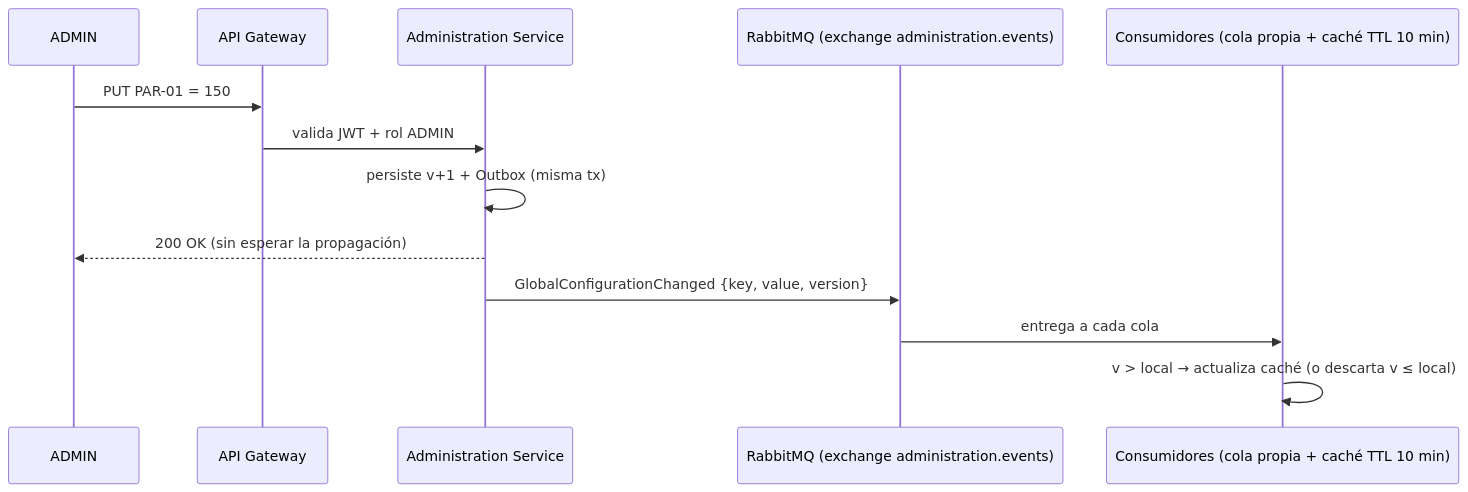
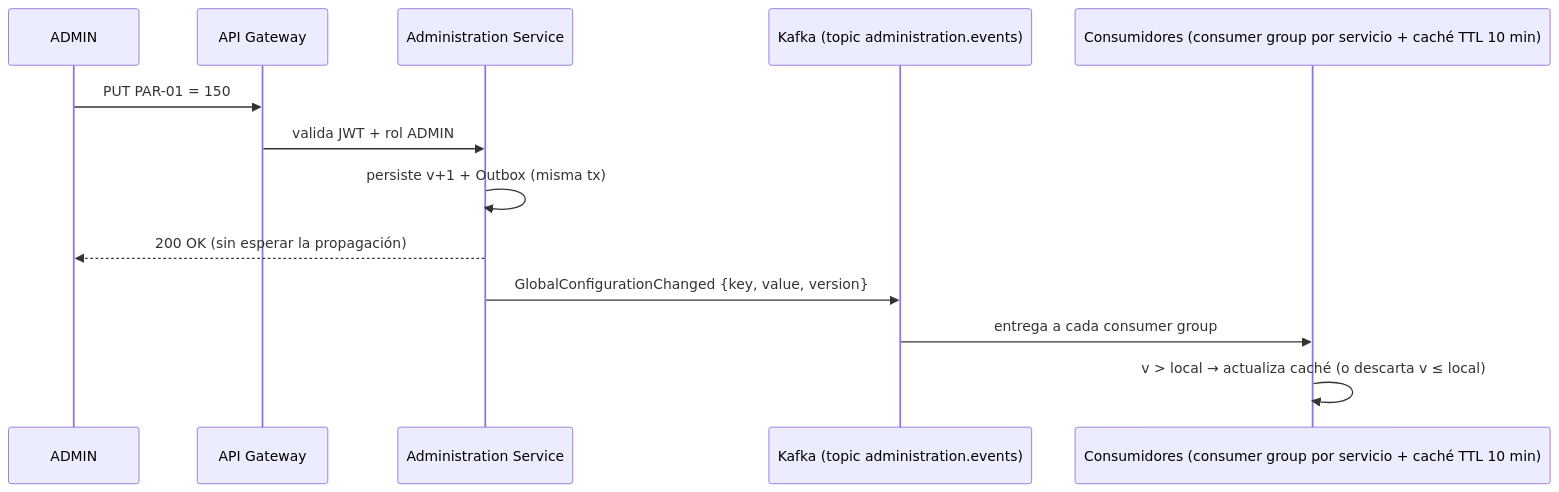
Before and after one commit to 2W2-114324-Carballo-Juarez-Mateo/backoffice-docs: the diagram in docs/backend/arquitectura/mensajeria.md, drawn with Mermaid. The commit also changed other lines of this file and 20 other files, not shown here.

Commit message:
refactor: volver a Apache Kafka como broker (decisión de plataforma con Notificaciones/Banco); RabbitMQ como alternativa

````diff
--- a/docs/backend/arquitectura/mensajeria.md
+++ b/docs/backend/arquitectura/mensajeria.md
@@ -25,16 +28,16 @@
 ```mermaid
 sequenceDiagram
     participant A as ADMIN
     participant GW as API Gateway
     participant AD as Administration Service
-    participant RQ as RabbitMQ (exchange administration.events)
-    participant C as Consumidores (cola propia + caché TTL 10 min)
+    participant RQ as Kafka (topic administration.events)
+    participant C as Consumidores (consumer group por servicio + caché TTL 10 min)
 
     A->>GW: PUT PAR-01 = 150
     GW->>AD: valida JWT + rol ADMIN
     AD->>AD: persiste v+1 + Outbox (misma tx)
     AD-->>A: 200 OK (sin esperar la propagación)
     AD->>RQ: GlobalConfigurationChanged {key, value, version}
-    RQ->>C: entrega a cada cola
+    RQ->>C: entrega a cada consumer group
     C->>C: v > local → actualiza caché (o descarta v ≤ local)
 ```
````
